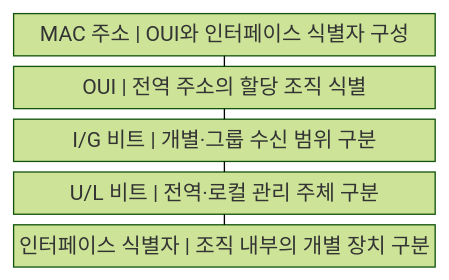
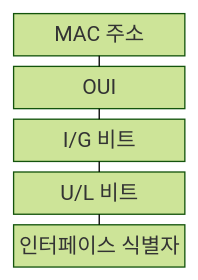
Before and after one commit to agnusdei1207/knowledge-base: the first of 2 diagrams in src/content/docs/notes/04-network/006_mac_address.md, drawn with Mermaid (forest theme). The commit also changed other lines of this file and 122 other files, not shown here.

````diff
--- a/src/content/docs/notes/04-network/006_mac_address.md
+++ b/src/content/docs/notes/04-network/006_mac_address.md
@@ -58,13 +58,13 @@
 ```mermaid
-block
+block-beta
     columns 1
-    A["MAC 주소 | OUI와 인터페이스 식별자 구성"]
-    B["OUI | 전역 주소의 할당 조직 식별"]
-    C["I/G 비트 | 개별·그룹 수신 범위 구분"]
-    D["U/L 비트 | 전역·로컬 관리 주체 구분"]
-    E["인터페이스 식별자 | 조직 내부의 개별 장치 구분"]
+    A["MAC 주소"]
+    B["OUI"]
+    C["I/G 비트"]
+    D["U/L 비트"]
+    E["인터페이스 식별자"]
     A --- B
     B --- C
     C --- D
     D --- E
 ```
````
